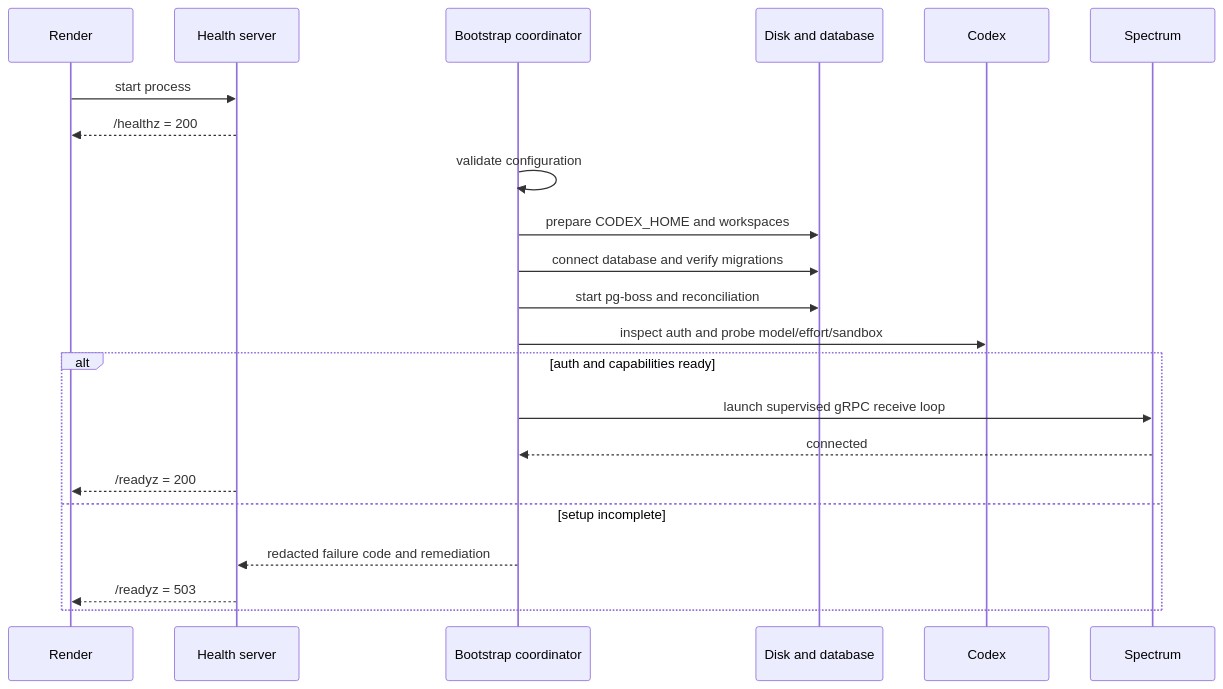
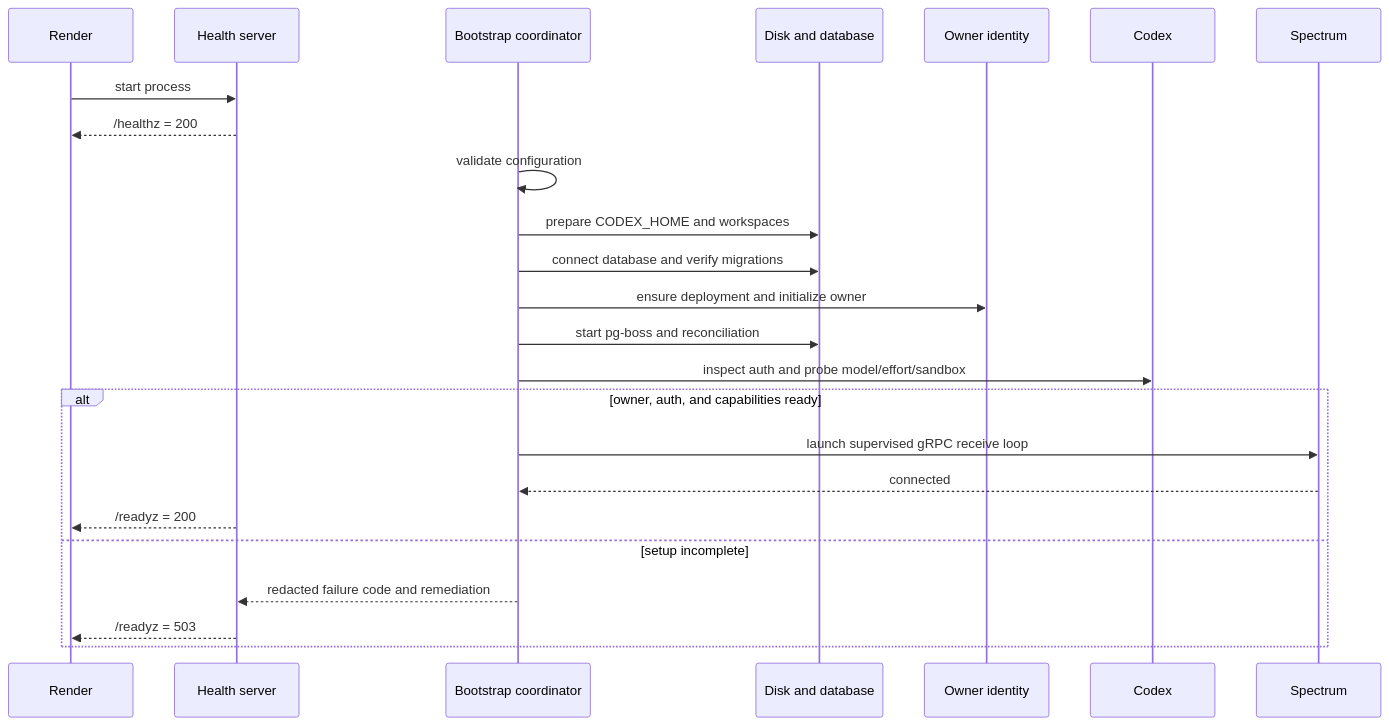
One commit to tecxbro/iMessage-agent-render changed the second of 3 diagrams in docs/ARCHITECTURE.md. Above: the diagram before and after it, drawn with Mermaid. The commit also changed other lines of this file and 19 other files, not shown here.

````diff
--- a/docs/ARCHITECTURE.md
+++ b/docs/ARCHITECTURE.md
@@ -103,25 +105,27 @@
 ```mermaid
 sequenceDiagram
   participant R as Render
   participant H as Health server
   participant B as Bootstrap coordinator
   participant D as Disk and database
+  participant O as Owner identity
   participant C as Codex
   participant S as Spectrum
 
   R->>H: start process
   H-->>R: /healthz = 200
   B->>B: validate configuration
   B->>D: prepare CODEX_HOME and workspaces
   B->>D: connect database and verify migrations
+  B->>O: ensure deployment and initialize owner
   B->>D: start pg-boss and reconciliation
   B->>C: inspect auth and probe model/effort/sandbox
-  alt auth and capabilities ready
+  alt owner, auth, and capabilities ready
     B->>S: launch supervised gRPC receive loop
     S-->>B: connected
     H-->>R: /readyz = 200
   else setup incomplete
     B-->>H: redacted failure code and remediation
     H-->>R: /readyz = 503
   end
 ```
````
